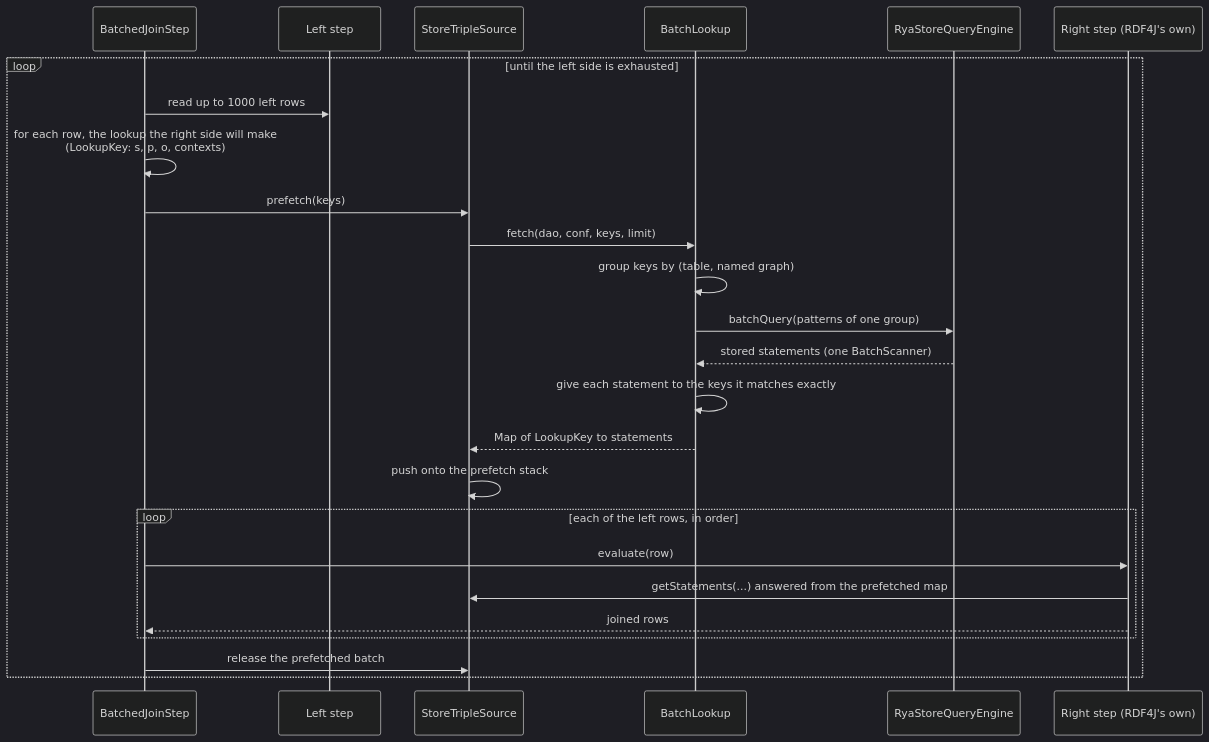
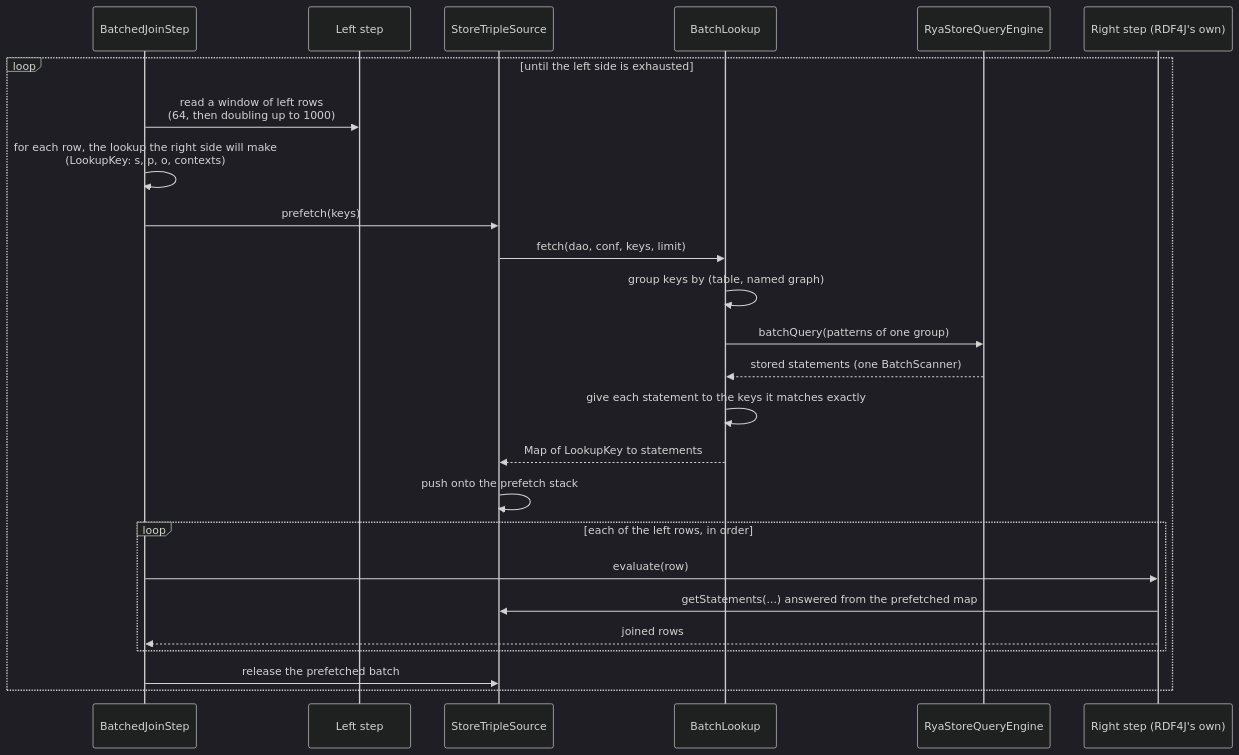
One commit to dgreco/rya-ng changed diagram 13 of 21 in ARCH.md. Above: the diagram before and after it, drawn with Mermaid (dark theme). The commit also changed other lines of this file and 4 other files, not shown here.

````diff
--- a/ARCH.md
+++ b/ARCH.md
@@ -999,27 +999,27 @@
 ```mermaid
 sequenceDiagram
     participant BJ as BatchedJoinStep
     participant L as Left step
     participant TS as StoreTripleSource
     participant BL as BatchLookup
     participant QE as RyaStoreQueryEngine
     participant R as Right step (RDF4J's own)
     loop until the left side is exhausted
-        BJ->>L: read up to 1000 left rows
+        BJ->>L: read a window of left rows<br/>(64, then doubling up to 1000)
         BJ->>BJ: for each row, the lookup the right side will make<br/>(LookupKey: s, p, o, contexts)
         BJ->>TS: prefetch(keys)
         TS->>BL: fetch(dao, conf, keys, limit)
         BL->>BL: group keys by (table, named graph)
         BL->>QE: batchQuery(patterns of one group)
         QE-->>BL: stored statements (one BatchScanner)
         BL->>BL: give each statement to the keys it matches exactly
         BL-->>TS: Map of LookupKey to statements
         TS->>TS: push onto the prefetch stack
         loop each of the left rows, in order
             BJ->>R: evaluate(row)
             R->>TS: getStatements(...) answered from the prefetched map
             R-->>BJ: joined rows
         end
         BJ->>TS: release the prefetched batch
     end
 ```
````
